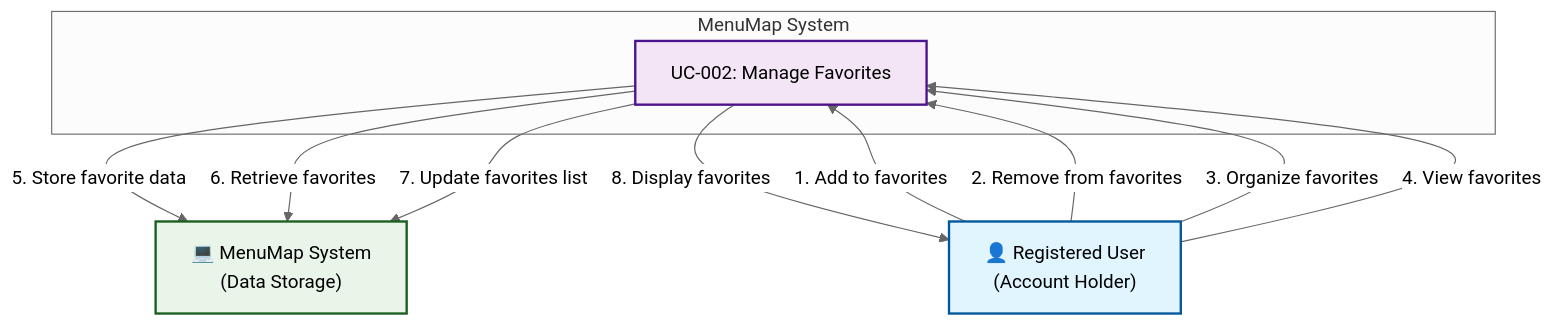
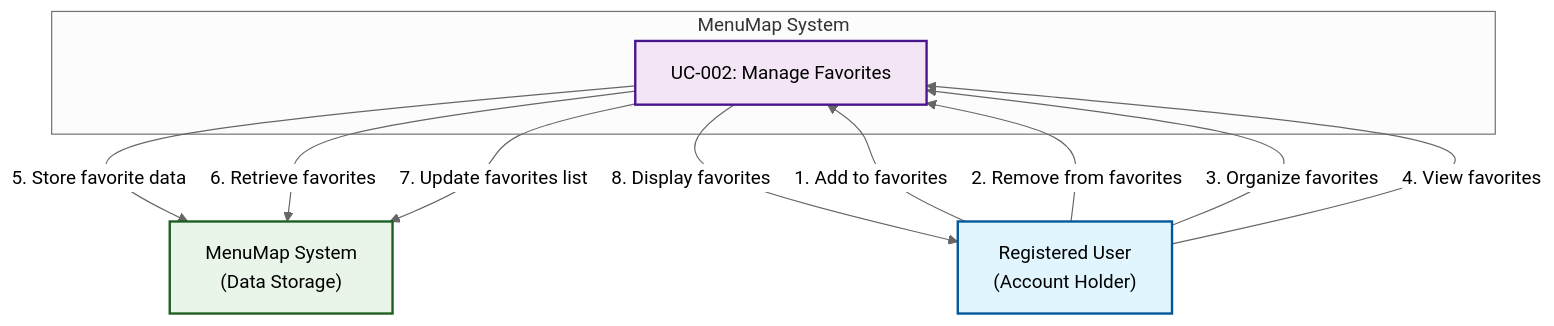
Before and after one commit to AndreLewis1400/HomeProjects: the second of 4 diagrams in Use_Cases/Use_Case_Diagrams.md, drawn with Mermaid (neutral theme). The commit also changed other lines of this file and 64 other files, not shown here.

````diff
--- a/Use_Cases/Use_Case_Diagrams.md
+++ b/Use_Cases/Use_Case_Diagrams.md
@@ -88,27 +88,27 @@
 ```mermaid
 graph TB
     subgraph "MenuMap System"
         UC2["UC-002: Manage Favorites"]
     end
     
-    RegisteredUser["👤 Registered User<br/>(Account Holder)"]
-    System["💻 MenuMap System<br/>(Data Storage)"]
+    RegisteredUser["Registered User<br/>(Account Holder)"]
+    System["MenuMap System<br/>(Data Storage)"]
     
     RegisteredUser -->|"1. Add to favorites"| UC2
     RegisteredUser -->|"2. Remove from favorites"| UC2
     RegisteredUser -->|"3. Organize favorites"| UC2
     RegisteredUser -->|"4. View favorites"| UC2
     
     UC2 -->|"5. Store favorite data"| System
     UC2 -->|"6. Retrieve favorites"| System
     UC2 -->|"7. Update favorites list"| System
     UC2 -->|"8. Display favorites"| RegisteredUser
     
     classDef actor fill:#e1f5fe,stroke:#01579b,stroke-width:2px
     classDef usecase fill:#f3e5f5,stroke:#4a148c,stroke-width:2px
     classDef system fill:#e8f5e8,stroke:#1b5e20,stroke-width:2px
     
     class RegisteredUser actor
     class UC2 usecase
     class System system
 ```
````
